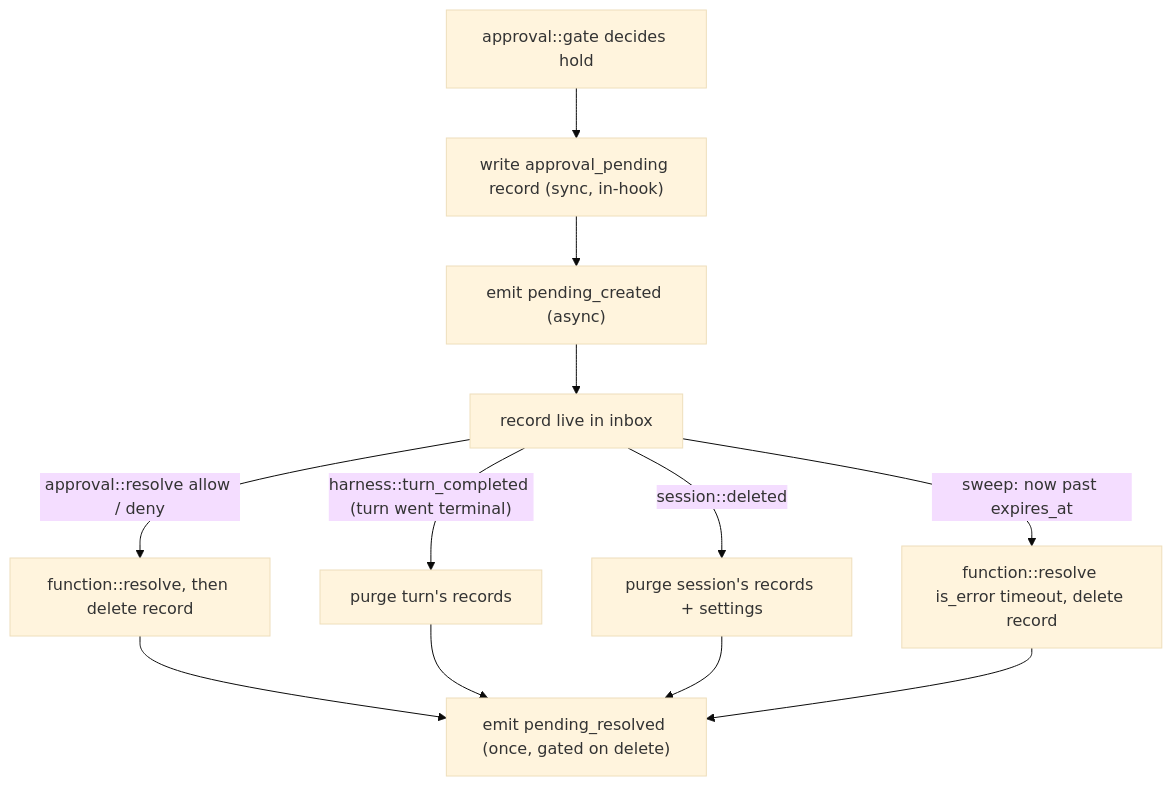
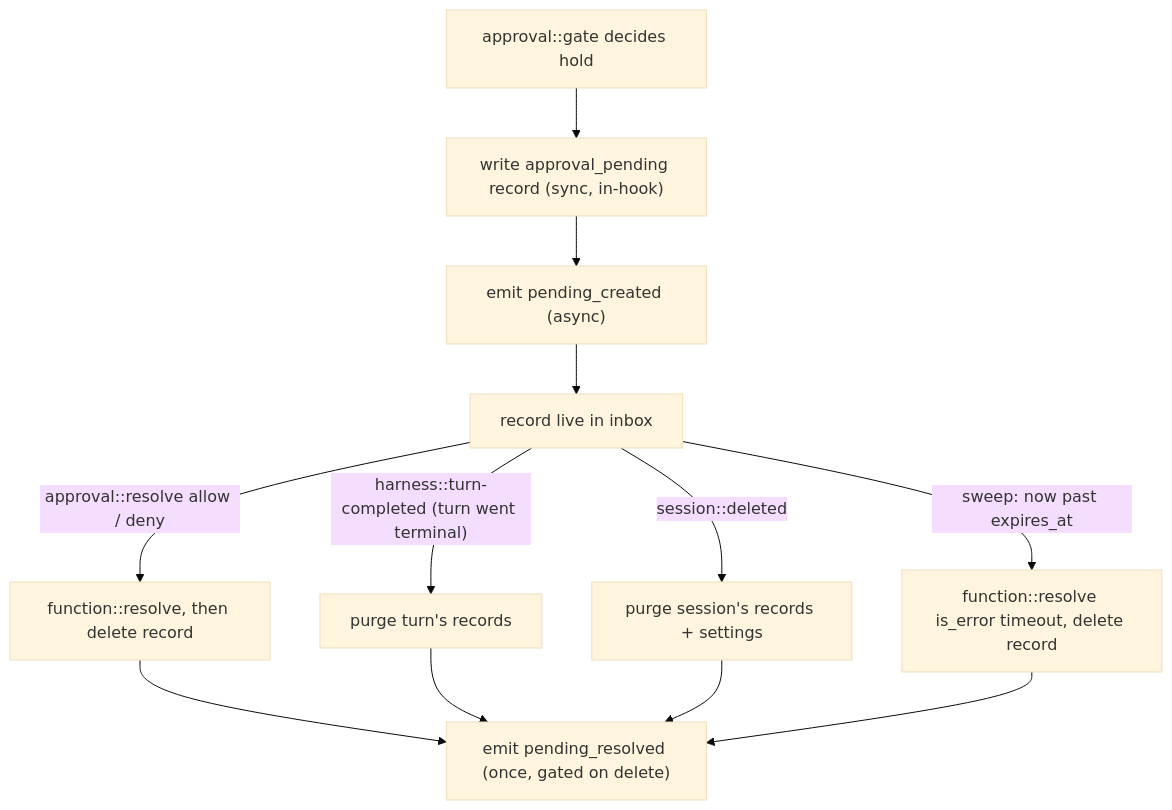
Before and after one commit to iii-hq/workers: the third of 3 diagrams in tech-specs/2026-06-agentic/approval-gate.md, drawn with Mermaid (base theme). The commit also changed other lines of this file and 47 other files, not shown here.

````diff
--- a/tech-specs/2026-06-agentic/approval-gate.md
+++ b/tech-specs/2026-06-agentic/approval-gate.md
@@ -236,14 +236,14 @@
 ```mermaid
 flowchart TD
   hook["approval::gate decides hold"] --> write["write approval_pending record (sync, in-hook)"]
   write --> emit["emit pending_created (async)"]
   emit --> live["record live in inbox"]
   live -->|"approval::resolve allow / deny"| del1["function::resolve, then delete record"]
-  live -->|"harness::turn_completed (turn went terminal)"| del2["purge turn's records"]
+  live -->|"harness::turn-completed (turn went terminal)"| del2["purge turn's records"]
   live -->|"session::deleted"| del3["purge session's records + settings"]
   live -->|"sweep: now past expires_at"| del4["function::resolve is_error timeout, delete record"]
   del1 --> emitR["emit pending_resolved (once, gated on delete)"]
   del2 --> emitR
   del3 --> emitR
   del4 --> emitR
 ```
````
